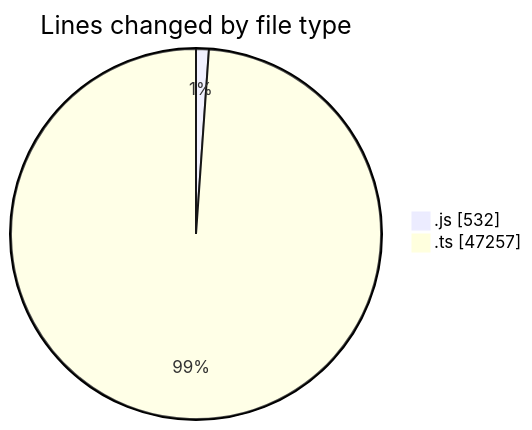
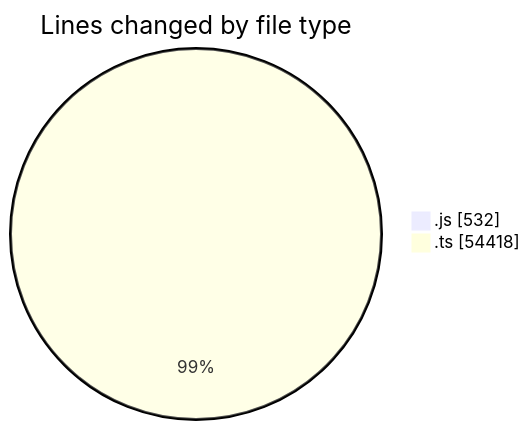
One commit to momahboobian/code-tracking changed the first of 2 diagrams in 2025-06-19/cda/README.md. Above: the diagram before and after it, drawn with Mermaid. The commit also changed other lines of this file and 1 other file, not shown here.

````diff
--- a/2025-06-19/cda/README.md
+++ b/2025-06-19/cda/README.md
@@ -30,6 +31,6 @@
 ```mermaid
 pie showData
 title Lines changed by file type
 ".js" : 532
-".ts" : 47257
+".ts" : 54418
 ```
````
